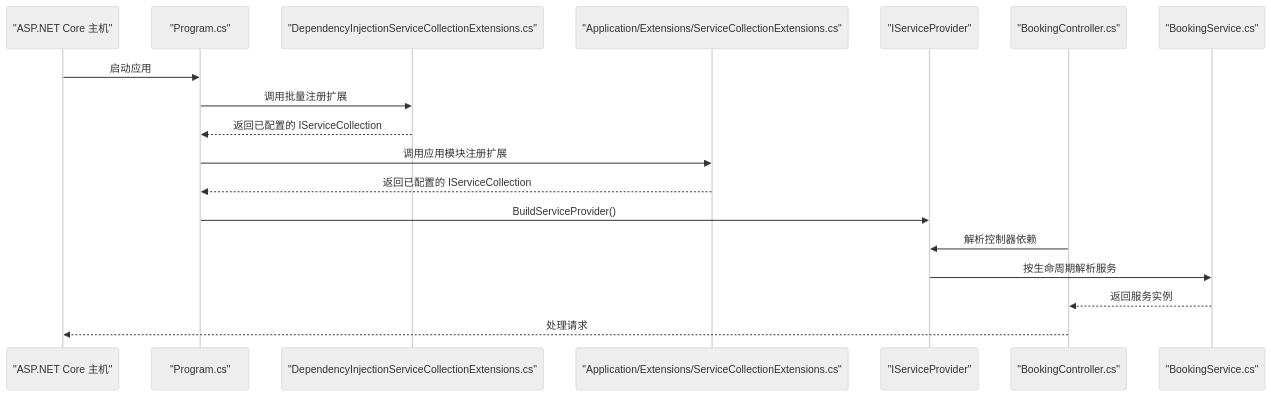
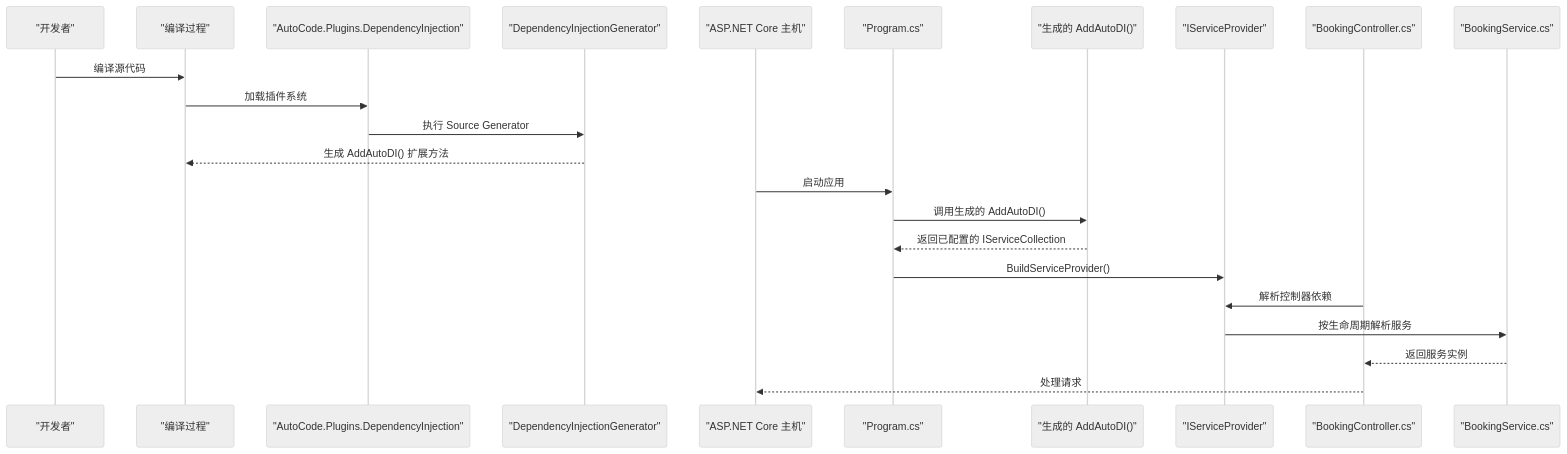
One commit to alivy/AutoCode changed the second of 8 diagrams in .qoder/repowiki/zh/content/核心概念/依赖注入集成.md. Above: the diagram before and after it, drawn with Mermaid (neutral theme). The commit also changed other lines of this file and 279 other files, not shown here.

````diff
--- a/.qoder/repowiki/zh/content/核心概念/依赖注入集成.md
+++ b/.qoder/repowiki/zh/content/核心概念/依赖注入集成.md
@@ -106,20 +125,25 @@
 ```mermaid
 sequenceDiagram
+participant Dev as "开发者"
+participant Build as "编译过程"
+participant Plugin as "AutoCode.Plugins.DependencyInjection"
+participant Gen as "DependencyInjectionGenerator"
 participant Host as "ASP.NET Core 主机"
 participant Program as "Program.cs"
-participant DIExt as "DependencyInjectionServiceCollectionExtensions.cs"
-participant AppExt as "Application/Extensions/ServiceCollectionExtensions.cs"
+participant DIExt as "生成的 AddAutoDI()"
 participant Container as "IServiceProvider"
 participant Controller as "BookingController.cs"
 participant Service as "BookingService.cs"
+Dev->>Build : 编译源代码
+Build->>Plugin : 加载插件系统
+Plugin->>Gen : 执行 Source Generator
+Gen-->>Build : 生成 AddAutoDI() 扩展方法
 Host->>Program : 启动应用
-Program->>DIExt : 调用批量注册扩展
+Program->>DIExt : 调用生成的 AddAutoDI()
 DIExt-->>Program : 返回已配置的 IServiceCollection
-Program->>AppExt : 调用应用模块注册扩展
-AppExt-->>Program : 返回已配置的 IServiceCollection
 Program->>Container : BuildServiceProvider()
 Controller->>Container : 解析控制器依赖
 Container->>Service : 按生命周期解析服务
 Service-->>Controller : 返回服务实例
 Controller-->>Host : 处理请求
 ```
````
